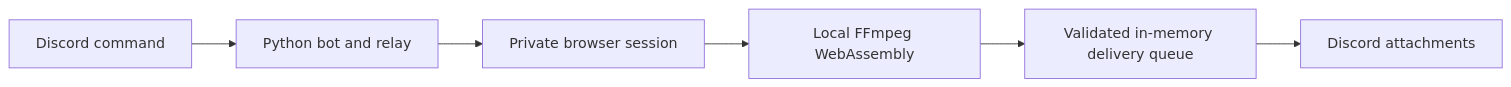
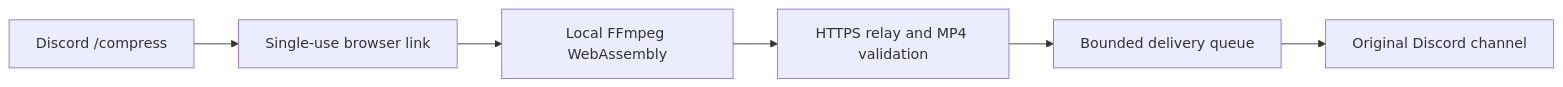
One commit to Anthony-Rama/professor-compressor changed the diagram in README.md. Above: the diagram before and after it, drawn with Mermaid. The commit also changed other lines of this file, not shown here.

````diff
--- a/README.md
+++ b/README.md
@@ -46,8 +11,8 @@
 ```mermaid
 flowchart LR
-    Discord[Discord command] --> Bot[Python bot and relay]
-    Bot --> Browser[Private browser session]
-    Browser --> FFmpeg[Local FFmpeg WebAssembly]
-    FFmpeg --> Queue[Validated in-memory delivery queue]
-    Queue --> DiscordAPI[Discord attachments]
+    A[Discord /compress] --> B[Single-use browser link]
+    B --> C[Local FFmpeg WebAssembly]
+    C --> D[HTTPS relay and MP4 validation]
+    D --> E[Bounded delivery queue]
+    E --> F[Original Discord channel]
 ```
````
